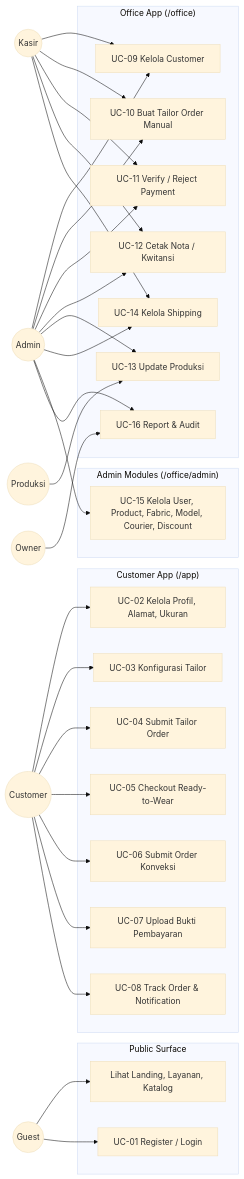
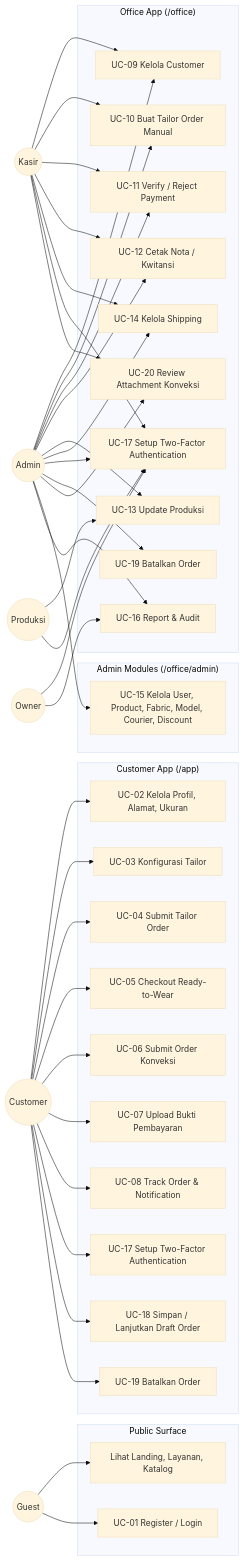
One commit to nabiilnuryassar/djaitin changed the first of 11 diagrams in docs/MVP-APP-UML-AND-USE-CASES.md. Above: the diagram before and after it, drawn with Mermaid (base theme). The commit also changed other lines of this file and 37 other files, not shown here.

````diff
--- a/docs/MVP-APP-UML-AND-USE-CASES.md
+++ b/docs/MVP-APP-UML-AND-USE-CASES.md
@@ -100,63 +105,79 @@
 ```mermaid
 flowchart LR
     Guest((Guest))
     Customer((Customer))
     Kasir((Kasir))
     Produksi((Produksi))
     Admin((Admin))
     Owner((Owner))
 
     subgraph Public["Public Surface"]
         UC01["UC-01 Register / Login"]
         UC00["Lihat Landing, Layanan, Katalog"]
     end
 
     subgraph CustomerApp["Customer App (/app)"]
         UC02["UC-02 Kelola Profil, Alamat, Ukuran"]
         UC03["UC-03 Konfigurasi Tailor"]
         UC04["UC-04 Submit Tailor Order"]
         UC05["UC-05 Checkout Ready-to-Wear"]
         UC06["UC-06 Submit Order Konveksi"]
         UC07["UC-07 Upload Bukti Pembayaran"]
         UC08["UC-08 Track Order & Notification"]
+        UC17["UC-17 Setup Two-Factor Authentication"]
+        UC18["UC-18 Simpan / Lanjutkan Draft Order"]
+        UC19["UC-19 Batalkan Order"]
     end
 
     subgraph OfficeApp["Office App (/office)"]
         UC09["UC-09 Kelola Customer"]
         UC10["UC-10 Buat Tailor Order Manual"]
         UC11["UC-11 Verify / Reject Payment"]
         UC12["UC-12 Cetak Nota / Kwitansi"]
         UC13["UC-13 Update Produksi"]
         UC14["UC-14 Kelola Shipping"]
         UC16["UC-16 Report & Audit"]
+        UC17O["UC-17 Setup Two-Factor Authentication"]
+        UC19O["UC-19 Batalkan Order"]
+        UC20["UC-20 Review Attachment Konveksi"]
     end
 
     subgraph AdminApp["Admin Modules (/office/admin)"]
         UC15["UC-15 Kelola User, Product, Fabric, Model, Courier, Discount"]
     end
 
     Guest --> UC00
     Guest --> UC01
     Customer --> UC02
     Customer --> UC03
     Customer --> UC04
     Customer --> UC05
     Customer --> UC06
     Customer --> UC07
     Customer --> UC08
+    Customer --> UC17
+    Customer --> UC18
+    Customer --> UC19
     Kasir --> UC09
     Kasir --> UC10
     Kasir --> UC11
     Kasir --> UC12
     Kasir --> UC14
+    Kasir --> UC17O
+    Kasir --> UC20
     Produksi --> UC13
+    Produksi --> UC17O
     Admin --> UC09
     Admin --> UC10
     Admin --> UC11
     Admin --> UC12
     Admin --> UC13
     Admin --> UC14
+    Admin --> UC17O
+    Admin --> UC19O
+    Admin --> UC20
     Admin --> UC15
     Admin --> UC16
+    Owner --> UC17O
     Owner --> UC16
 ```
````
